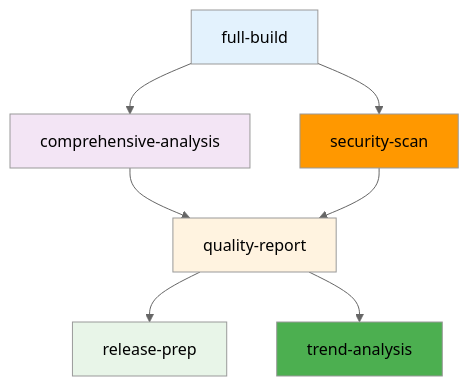
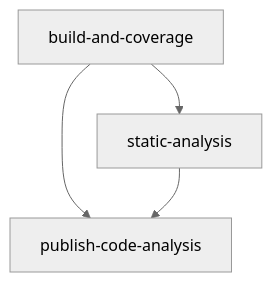
The second of 2 diagrams in Docs/CI/main-analysis.md (ericodx/swift-structure), drawn with Mermaid (neutral theme) before and after one commit. The commit also changed other lines of this file, not shown here.

Commit message:
docs: update main-analysis documentation with performance rationale

````diff
--- a/Docs/CI/main-analysis.md
+++ b/Docs/CI/main-analysis.md
@@ -57,16 +52,6 @@
 ```mermaid
 graph TD
-    A[full-build] --> B[comprehensive-analysis]
-    A --> C[security-scan]
-    B --> D[quality-report]
-    C --> D
-    D --> E[release-prep]
-    D --> F[trend-analysis]
-    
-    style A fill:#e3f2fd
-    style B fill:#f3e5f5
-    style C fill:#ff9800
-    style D fill:#fff3e0
-    style E fill:#e8f5e8
-    style F fill:#4caf50
+    A[build-and-coverage] --> B[static-analysis]
+    A --> C[publish-code-analysis]
+    B --> C
 ```
````
